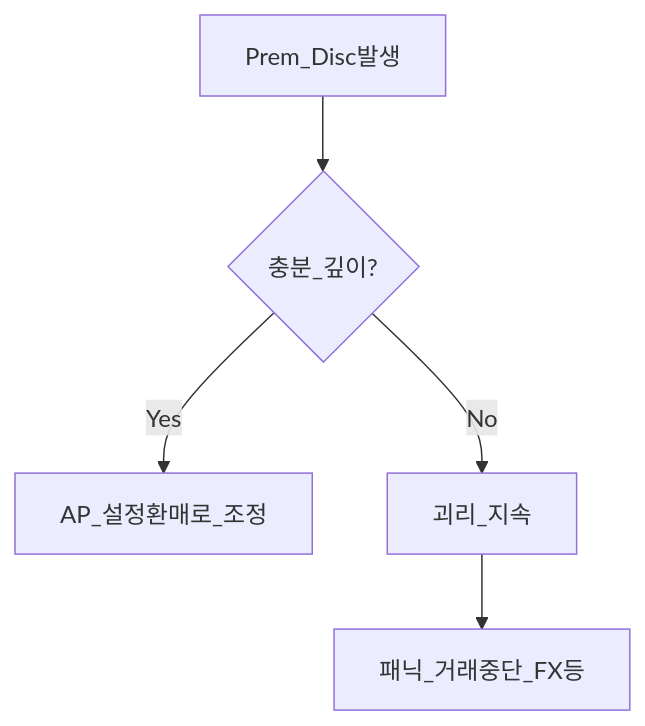
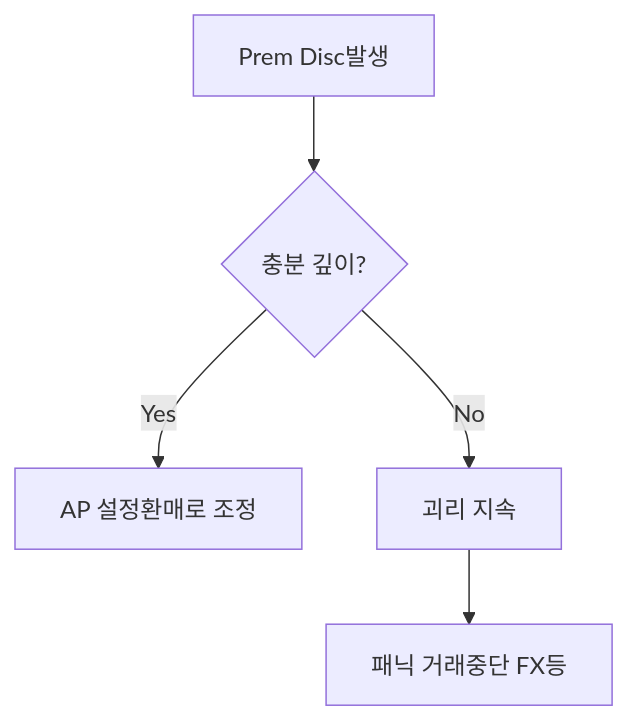
Before and after one commit to goldanghenry/Finances: the second of 3 diagrams in 03-markets/etf-index-funds-deep.md, drawn with Mermaid. The commit also changed other lines of this file and 211 other files, not shown here.

````diff
--- a/03-markets/etf-index-funds-deep.md
+++ b/03-markets/etf-index-funds-deep.md
@@ -147,7 +152,7 @@
 ```mermaid
 flowchart TD
-  Gap[Prem_Disc발생] --> Cmp{충분_깊이?}
-  Cmp -->|Yes| APtrade[AP_설정환매로_조정]
-  Cmp -->|No| Persist[괴리_지속]
-  Persist --> Risk[패닉_거래중단_FX등]
+  Gap["Prem Disc발생"] --> Cmp{"충분 깊이?"}
+  Cmp -->|Yes| APtrade["AP 설정환매로 조정"]
+  Cmp -->|No| Persist["괴리 지속"]
+  Persist --> Risk["패닉 거래중단 FX등"]
 ```
````
